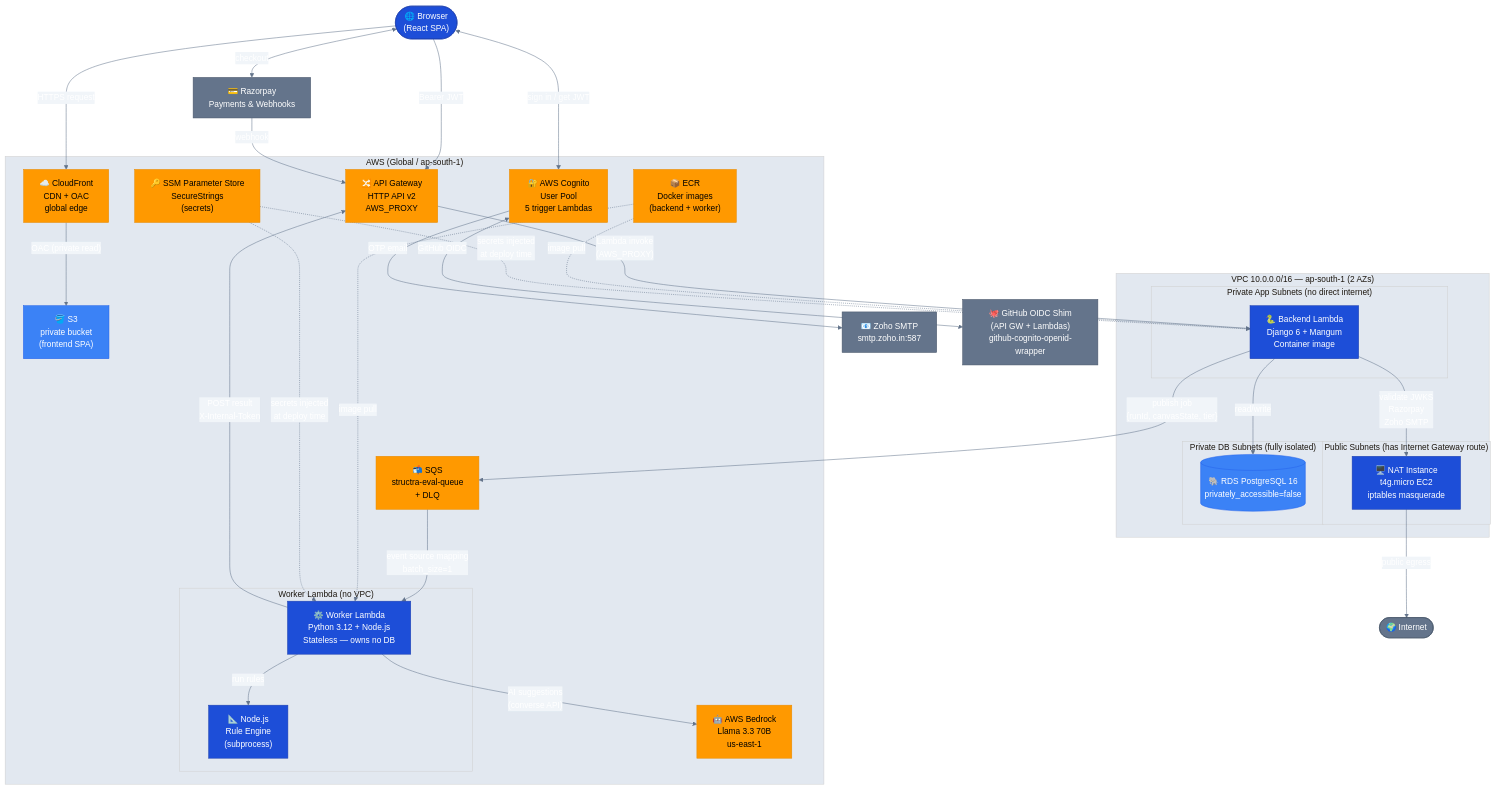
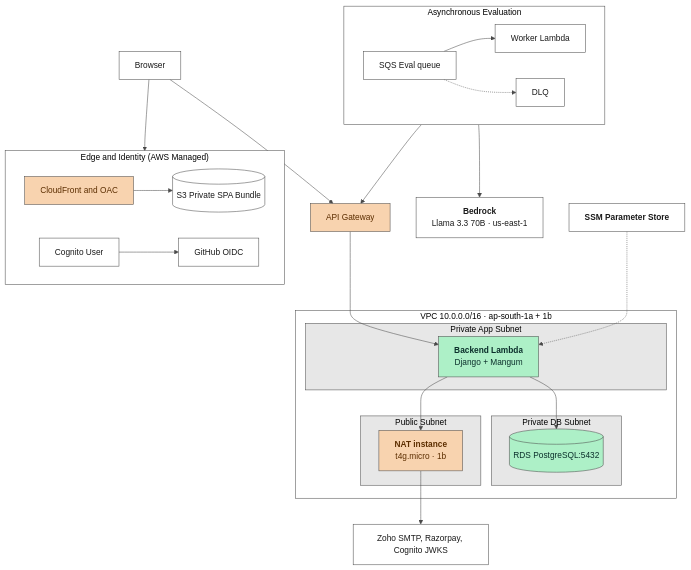
One commit to dibyajyoti-chakrabarti/structra changed the diagram in project-documentation/assets/architecture.mmd. Above: the diagram before and after it, drawn with Mermaid.

Commit message:
docs: regenerate the mermaid source to match the new diagram
The .mmd still described the old picture: ECR image pulls, the CI/CD push
path, a Razorpay webhook edge, and a worker split into a Lambda plus a
separate rule-engine subprocess node. None of that appears in the diagram
the docs now render, so the two had drifted into describing different
systems.

Rewritten to the same nodes, groups and edges the PNG shows, including the
three-colour legend (inside the VPC, egress path, AWS managed) so a
regenerated render lands close to the committed image.

One edge the diagram omits is backend to SQS, so it is absent here too
rather than silently reintroduced. The backend does publish
(backend/systems/queue_publisher.py), so the queue currently reads as
having no producer.

```diff
--- a/project-documentation/assets/architecture.mmd
+++ b/project-documentation/assets/architecture.mmd
@@ -1,93 +1,73 @@
-%%{init: {"theme": "base", "themeVariables": {"primaryColor": "#1d4ed8", "primaryTextColor": "#ffffff", "primaryBorderColor": "#1e40af", "lineColor": "#64748b", "secondaryColor": "#f1f5f9", "tertiaryColor": "#e2e8f0"}} }%%
-flowchart TD
-    %% ── External actors ──────────────────────────────────────────────
-    Browser(["🌐 Browser\n(React SPA)"])
-    Internet(["🌍 Internet"])
+%%{init: {"theme": "base", "themeVariables": {"fontFamily": "Segoe UI, Helvetica, Arial, sans-serif", "lineColor": "#4a4a4a", "primaryColor": "#ffffff", "primaryTextColor": "#1a1a1a", "primaryBorderColor": "#4a4a4a", "clusterBkg": "#ffffff", "clusterBorder": "#4a4a4a"}} }%%
+flowchart TB
+    Browser["Browser"]
+    APIGW["API Gateway"]
 
-    %% ── AWS managed services (outside VPC) ───────────────────────────
-    subgraph AWS_Global["AWS (Global / ap-south-1)"]
-        Cognito["🔐 AWS Cognito\nUser Pool\n5 trigger Lambdas"]
-        CF["☁️ CloudFront\nCDN + OAC\nglobal edge"]
-        S3["🪣 S3\nprivate bucket\n(frontend SPA)"]
-        APIGW["🔀 API Gateway\nHTTP API v2\nAWS_PROXY"]
-        SQS["📬 SQS\nstructra-eval-queue\n+ DLQ"]
-        SSM["🔑 SSM Parameter Store\nSecureStrings\n(secrets)"]
-        ECR["📦 ECR\nDocker images\n(backend + worker)"]
-
-        %% ── Worker Lambda (no VPC) ───────────────────────────────────
-        subgraph WorkerLambda["Worker Lambda (no VPC)"]
-            WLambda["⚙️ Worker Lambda\nPython 3.12 + Node.js\nStateless — owns no DB"]
-            RuleEngine["📐 Node.js\nRule Engine\n(subprocess)"]
-            WLambda -->|"run rules"| RuleEngine
-        end
-
-        Bedrock["🤖 AWS Bedrock\nLlama 3.3 70B\nus-east-1"]
+    subgraph Edge["Edge and Identity (AWS Managed)"]
+        direction LR
+        CF["CloudFront and OAC"]
+        S3[("S3 Private SPA Bundle")]
+        Cognito["Cognito User"]
+        GitHubOIDC["GitHub OIDC"]
+        CF --> S3
+        Cognito --> GitHubOIDC
     end
 
-    %% ── VPC ──────────────────────────────────────────────────────────
-    subgraph VPC["VPC 10.0.0.0/16 — ap-south-1 (2 AZs)"]
+    subgraph Async["Asynchronous Evaluation"]
+        direction LR
+        SQS["SQS Eval queue"]
+        Worker["Worker Lambda"]
+        DLQ["DLQ"]
+        SQS --> Worker
+        SQS -.-> DLQ
+    end
 
-        subgraph PublicSubnets["Public Subnets (has Internet Gateway route)"]
-            NAT["🖥️ NAT Instance\nt4g.micro EC2\niptables masquerade"]
+    Bedrock["<b>Bedrock</b><br/>Llama 3.3 70B · us-east-1"]
+
+    subgraph VPC["VPC 10.0.0.0/16 · ap-south-1a + 1b"]
+        subgraph AppSubnet["Private App Subnet"]
+            Backend["<b>Backend Lambda</b><br/>Django + Mangum"]
         end
-
-        subgraph PrivateAppSubnets["Private App Subnets (no direct internet)"]
-            BLambda["🐍 Backend Lambda\nDjango 6 + Mangum\nContainer image"]
+        subgraph DBSubnet["Private DB Subnet"]
+            RDS[("RDS PostgreSQL:5432")]
         end
-
-        subgraph PrivateDBSubnets["Private DB Subnets (fully isolated)"]
-            RDS[("🐘 RDS PostgreSQL 16\nprivately_accessible=false")]
+        subgraph PublicSubnet["Public Subnet"]
+            NAT["<b>NAT instance</b><br/>t4g.micro · 1b"]
         end
     end
 
-    %% ── External services ────────────────────────────────────────────
-    Zoho["📧 Zoho SMTP\nsmtp.zoho.in:587"]
-    Razorpay["💳 Razorpay\nPayments & Webhooks"]
-    GitHub_OAuth["🐙 GitHub OIDC Shim\n(API GW + Lambdas)\ngithub-cognito-openid-wrapper"]
+    SSM["<b>SSM Parameter Store</b>"]
+    External["Zoho SMTP, Razorpay, Cognito JWKS"]
 
-    %% ── Flow: frontend load ──────────────────────────────────────────
-    Browser -->|"HTTPS request"| CF
-    CF -->|"OAC (private read)"| S3
+    %% ── Browser entry points ─────────────────────────────────────────
+    Browser --> APIGW
+    Browser --> Edge
 
-    %% ── Flow: auth ───────────────────────────────────────────────────
-    Browser <-->|"sign in / get JWT"| Cognito
-    Cognito -->|"OTP email"| Zoho
-    Cognito <-->|"GitHub OIDC"| GitHub_OAuth
+    %% ── Request path into the VPC ────────────────────────────────────
+    APIGW --> Backend
+    Backend --> RDS
+    Backend --> NAT
+    NAT --> External
 
-    %% ── Flow: API calls ──────────────────────────────────────────────
-    Browser -->|"Bearer JWT"| APIGW
-    APIGW -->|"Lambda invoke\n(AWS_PROXY)"| BLambda
+    %% ── Evaluation path ──────────────────────────────────────────────
+    Worker --> Bedrock
+    Worker --> APIGW
 
-    %% ── Backend internal connections ─────────────────────────────────
-    BLambda -->|"read/write"| RDS
-    BLambda -->|"validate JWKS\nRazorpay\nZoho SMTP"| NAT
-    NAT -->|"public egress"| Internet
-    BLambda -->|"publish job\n{runId, canvasState, tier}"| SQS
+    %% ── Configuration ────────────────────────────────────────────────
+    SSM -.-> Backend
 
-    %% ── Worker trigger ───────────────────────────────────────────────
-    SQS -->|"event source mapping\nbatch_size=1"| WLambda
-    WLambda -->|"AI suggestions\n(converse API)"| Bedrock
-    WLambda -->|"POST result\nX-Internal-Token"| APIGW
+    %% ── Legend colouring ─────────────────────────────────────────────
+    %% green  = inside the VPC, no direct internet
+    %% orange = internet-facing or egress path
+    %% white  = AWS-managed, outside the VPC
+    classDef inVpc fill:#ADF0C7,stroke:#4a4a4a,color:#0B2F2B
+    classDef egress fill:#F8D3AF,stroke:#4a4a4a,color:#5C2E00
+    classDef managed fill:#ffffff,stroke:#4a4a4a,color:#1a1a1a
 
-    %% ── Deploy path ──────────────────────────────────────────────────
-    ECR -.->|"image pull"| BLambda
-    ECR -.->|"image pull"| WLambda
-    SSM -.->|"secrets injected\nat deploy time"| BLambda
-    SSM -.->|"secrets injected\nat deploy time"| WLambda
+    class Backend,RDS inVpc
+    class APIGW,CF,NAT egress
+    class Browser,S3,Cognito,GitHubOIDC,SQS,Worker,DLQ,Bedrock,SSM,External managed
 
-    %% ── Payments ─────────────────────────────────────────────────────
-    Browser <-->|"checkout"| Razorpay
-    Razorpay -->|"webhook"| APIGW
-
-    %% ── Styles ───────────────────────────────────────────────────────
-    classDef aws fill:#FF9900,color:#000,stroke:#e88a00
-    classDef lambda fill:#1d4ed8,color:#fff,stroke:#1e40af
-    classDef storage fill:#3b82f6,color:#fff,stroke:#2563eb
-    classDef external fill:#64748b,color:#fff,stroke:#475569
-    classDef vpc fill:#f0fdf4,stroke:#16a34a
-    classDef subnet fill:#fefce8,stroke:#ca8a04
-
-    class Cognito,CF,APIGW,SQS,SSM,ECR,Bedrock aws
-    class BLambda,WLambda,RuleEngine lambda
-    class S3,RDS storage
-    class Zoho,Razorpay,GitHub_OAuth,Internet external
+    style AppSubnet fill:#E7E7E7,stroke:#4a4a4a
+    style DBSubnet fill:#E7E7E7,stroke:#4a4a4a
+    style PublicSubnet fill:#E7E7E7,stroke:#4a4a4a
```
